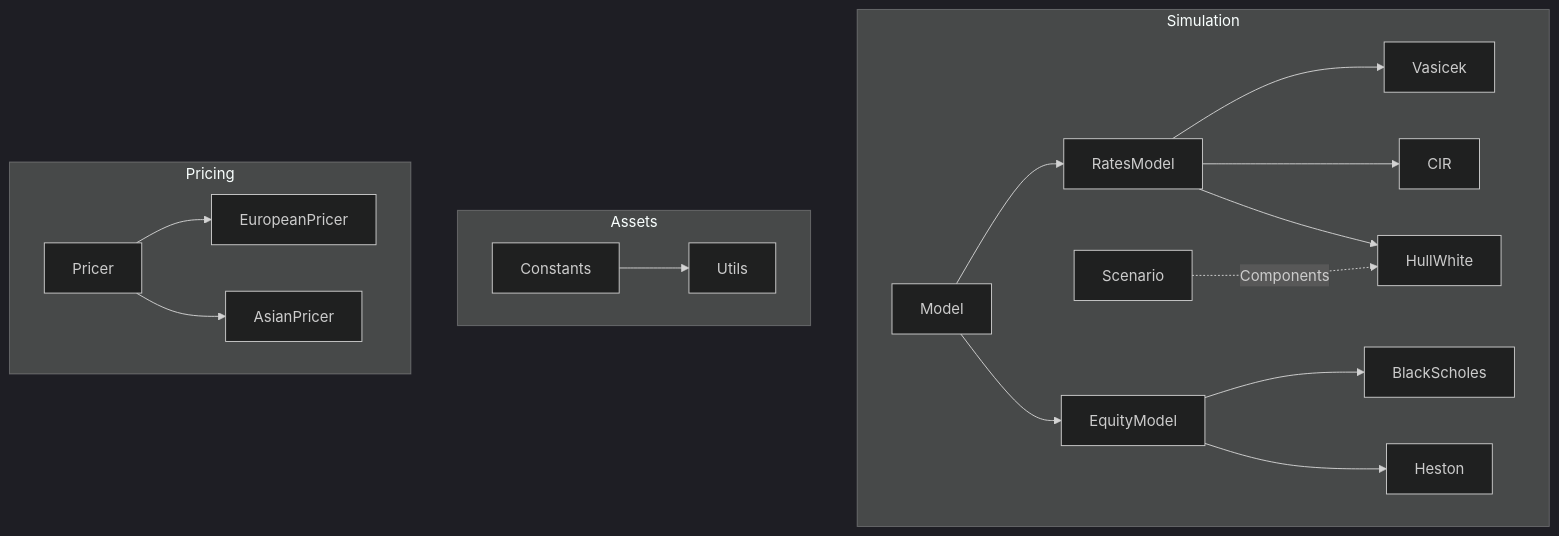
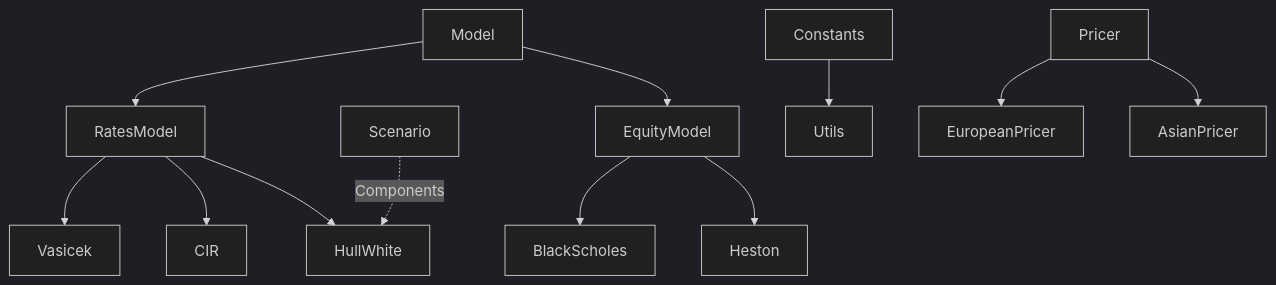
The diagram in README.md (lcsrodriguez/CuttingEdge-Milliman), drawn with Mermaid (dark theme) before and after one commit. The commit also changed 1 other file, not shown here.

Commit message:
Update of class tree 3

````diff
--- a/README.md
+++ b/README.md
@@ -23,22 +23,16 @@
 ```mermaid
   graph TD;
-      subgraph Simulation
       Model --> RatesModel
       Model --> EquityModel
       RatesModel --> Vasicek
       RatesModel --> CIR
       RatesModel --> HullWhite
       Scenario -. Components .-> HullWhite
       EquityModel --> BlackScholes
       EquityModel --> Heston
-      end
 
-      subgraph Assets
       Constants --> Utils
-      end
 
-      subgraph Pricing
       Pricer --> EuropeanPricer
       Pricer --> AsianPricer
-      end
 ```
````
